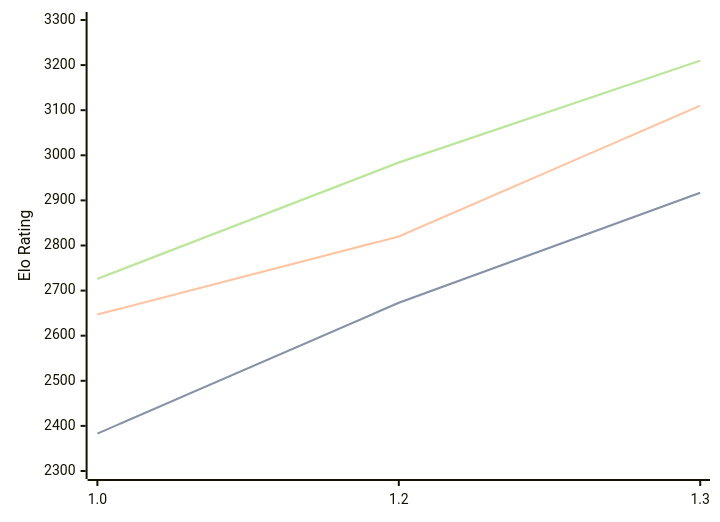
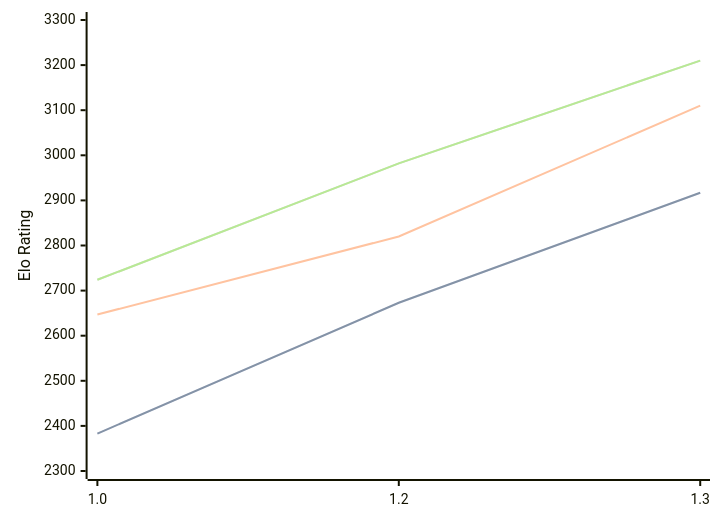
The diagram in engines/Chessnix.md (computer-chess-index/cci), drawn with Mermaid before and after one commit. The commit also changed other lines of this file, not shown here.

Commit message:
Update CCI Ratings (ELO VLTC) - 2026-03-06

````diff
--- a/engines/Chessnix.md
+++ b/engines/Chessnix.md
@@ -33,11 +33,11 @@
 ```mermaid
 %%{init: {"theme":"base","themeVariables":{"seriesColors:['#a3a3a3','#222221','#faa371']}}}%%
 xychart-beta
   x-axis ["1.0", "1.2", "1.3"]
   y-axis "Elo Rating" 2300 --> 3300
   line "STC (8.0+0.08s)" [2383, 2673, 2917]
   line "STC (8.0+0.08s)" [2383, 2673, 2917]
   line "LTC (60.0+0.60s)" [2647, 2820, 3110]
-  line "VLTC (2m24s+1.12s)" [2726, 2984, 3210]
-  line "VLTC (2m24s+1.12s)" [2726, 2984, 3210]
+  line "VLTC (2m24s+1.12s)" [2724, 2982, 3210]
+  line "VLTC (2m24s+1.12s)" [2724, 2982, 3210]
 ```
````
